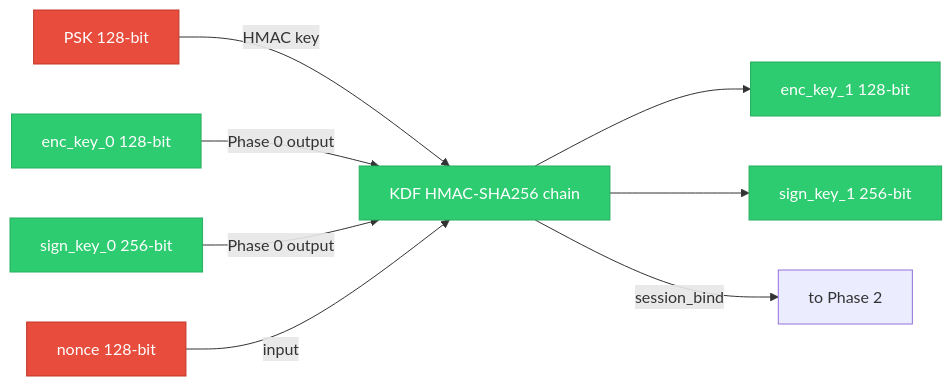
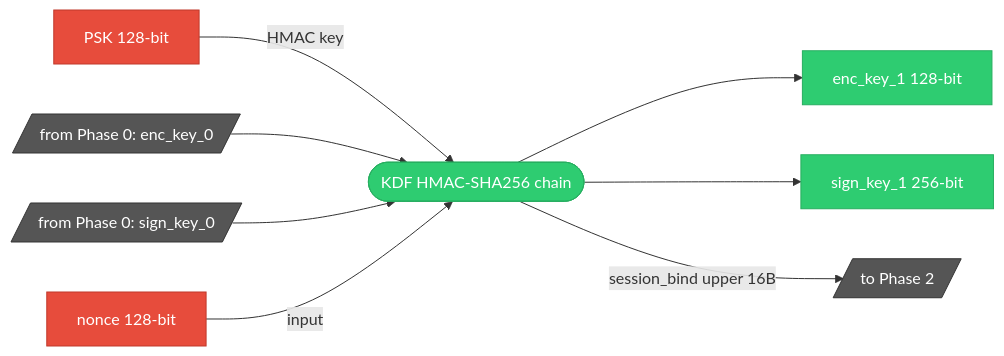
One commit to qtmleap/revkit changed the fourth of 9 diagrams in docs/spec/msl_key_relationship.md. Above: the diagram before and after it, drawn with Mermaid. The commit also changed other lines of this file, not shown here.

First line of the commit message:
docs(spec): Mermaid 図の記法を統一

````diff
--- a/docs/spec/msl_key_relationship.md
+++ b/docs/spec/msl_key_relationship.md
@@ -89,18 +93,19 @@
 ```mermaid
 graph LR
-    PSK["PSK 128-bit"] -->|HMAC key| KDF["KDF HMAC-SHA256 chain"]
-    MGK_ENC["enc_key_0 128-bit"] -->|Phase 0 output| KDF
-    MGK_SIGN["sign_key_0 256-bit"] -->|Phase 0 output| KDF
-    NONCE["nonce 128-bit"] -->|input| KDF
-    KDF --> ENC1["enc_key_1 128-bit"]
-    KDF --> SIGN1["sign_key_1 256-bit"]
-    KDF -->|session_bind| SB["to Phase 2"]
+    PSK["PSK 128-bit"] -->|HMAC key| OP_KDF(["KDF HMAC-SHA256 chain"])
+    FROM_P0b[/"from Phase 0: enc_key_0"/] --> OP_KDF
+    FROM_P0c[/"from Phase 0: sign_key_0"/] --> OP_KDF
+    NONCE["nonce 128-bit"] -->|input| OP_KDF
+    OP_KDF --> ENC1["enc_key_1 128-bit"]
+    OP_KDF --> SIGN1["sign_key_1 256-bit"]
+    OP_KDF -->|session_bind upper 16B| TO_P2[/"to Phase 2"/]
 
     style PSK fill:#e74c3c,stroke:#c0392b,color:#fff
     style NONCE fill:#e74c3c,stroke:#c0392b,color:#fff
-    style MGK_ENC fill:#2ecc71,stroke:#27ae60,color:#fff
-    style MGK_SIGN fill:#2ecc71,stroke:#27ae60,color:#fff
-    style KDF fill:#2ecc71,stroke:#27ae60,color:#fff
+    style FROM_P0b fill:#555,stroke:#333,color:#fff
+    style FROM_P0c fill:#555,stroke:#333,color:#fff
+    style TO_P2 fill:#555,stroke:#333,color:#fff
+    style OP_KDF fill:#2ecc71,stroke:#27ae60,color:#fff
     style ENC1 fill:#2ecc71,stroke:#27ae60,color:#fff
     style SIGN1 fill:#2ecc71,stroke:#27ae60,color:#fff
 ```
````
